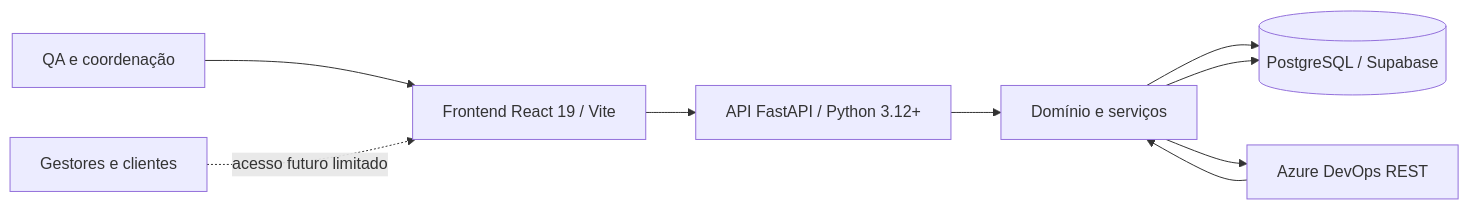
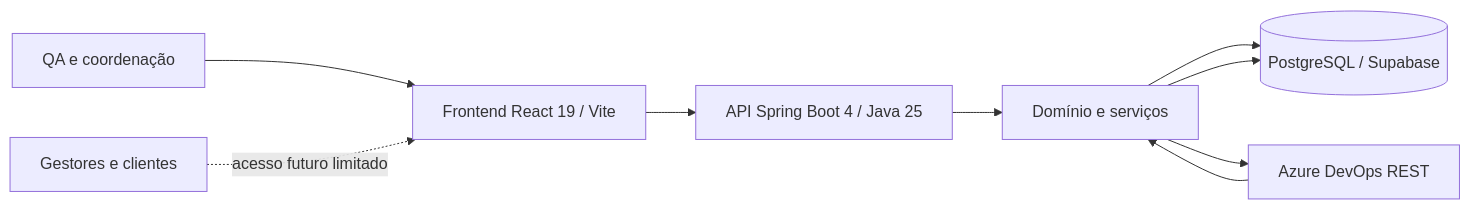
One commit to HeltonDias/fourqa changed the first of 2 diagrams in .cursor/docs/ARCHITECTURE.md. Above: the diagram before and after it, drawn with Mermaid. The commit also changed other lines of this file and 233 other files, not shown here.

First line of the commit message:
feat(api): cut the backend over to Java 25 Spring Boot

````diff
--- a/.cursor/docs/ARCHITECTURE.md
+++ b/.cursor/docs/ARCHITECTURE.md
@@ -16,11 +16,11 @@
 ```mermaid
 flowchart LR
   QA[QA e coordenação] --> UI[Frontend React 19 / Vite]
-  UI --> API[API FastAPI / Python 3.12+]
+  UI --> API[API Spring Boot 4 / Java 25]
   API --> DOM[Domínio e serviços]
   DOM --> PG[(PostgreSQL / Supabase)]
   DOM --> AZ[Azure DevOps REST]
   AZ --> DOM
   DOM --> PG
   EXT[Gestores e clientes] -. acesso futuro limitado .-> UI
 ```
````
